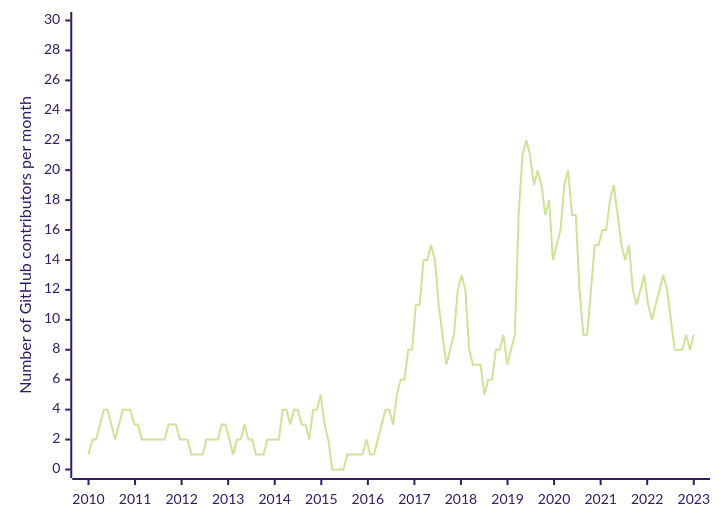
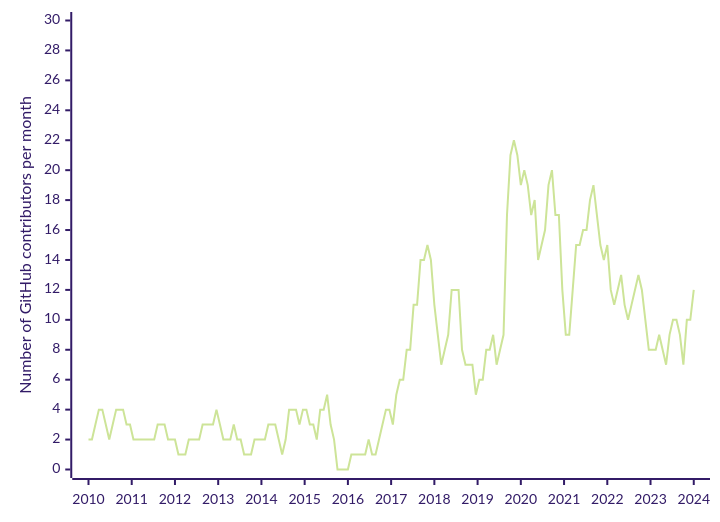
Before and after one commit to OpenRefine/openrefine.org: the third of 3 diagrams in src/pages/usage.md, drawn with Mermaid. The commit also changed other lines of this file, not shown here.

````diff
--- a/src/pages/usage.md
+++ b/src/pages/usage.md
@@ -69,7 +69,7 @@
 ```mermaid 
 %%{init: {'theme':'forest'}}%%
 xychart-beta 
-    x-axis   2010 --> 2023
+    x-axis   2010 --> 2024
     y-axis "Number of GitHub contributors per month" 0 --> 30 
-    line [1,2,2,3,4,4,3,2,3,4,4,4,3,3,2,2,2,2,2,2,2,3,3,3,2,2,2,1,1,1,1,2,2,2,2,3,3,2,1,2,2,3,2,2,1,1,1,2,2,2,2,4,4,3,4,4,3,3,2,4,4,5,3,2,0,0,0,0,1,1,1,1,1,2,1,1,2,3,4,4,3,5,6,6,8,8,11,11,14,14,15,14,11,9,7,8,9,12,13,12,8,7,7,7,5,6,6,8,8,9,7,8,9,17,21,22,21,19,20,19,17,18,14,15,16,19,20,17,17,12,9,9,12,15,15,16,16,18,19,17,15,14,15,12,11,12,13,11,10,11,12,13,12,10,8,8,8,9,8,9]
+    line [2,2,3,4,4,3,2,3,4,4,4,3,3,2,2,2,2,2,2,2,3,3,3,2,2,2,1,1,1,2,2,2,2,3,3,3,3,4,3,2,2,2,3,2,2,1,1,1,2,2,2,2,3,3,3,2,1,2,4,4,4,3,4,4,3,3,2,4,4,5,3,2,0,0,0,0,1,1,1,1,1,2,1,1,2,3,4,4,3,5,6,6,8,8,11,11,14,14,15,14,11,9,7,8,9,12,12,12,8,7,7,7,5,6,6,8,8,9,7,8,9,17,21,22,21,19,20,19,17,18,14,15,16,19,20,17,17,12,9,9,12,15,15,16,16,18,19,17,15,14,15,12,11,12,13,11,10,11,12,13,12,10,8,8,8,9,8,7,9,10,10,9,7,10,10,12]
 ```
````
